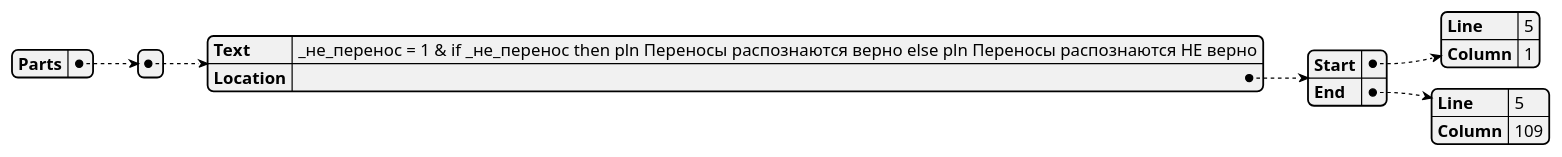
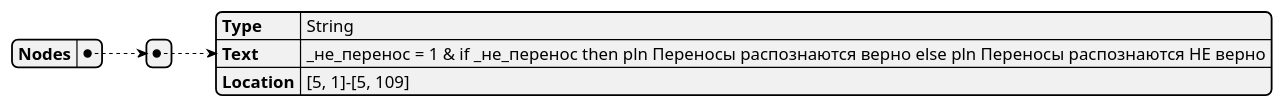
The third of 3 diagrams in Application/MURQ.URQL/docs/URQL parsing.md (realsonic/MURQ), drawn with PlantUML before and after one commit. The commit also changed other lines of this file, not shown here.

````diff
--- a/Application/MURQ.URQL/docs/URQL parsing.md
+++ b/Application/MURQ.URQL/docs/URQL parsing.md
@@ -85,5 +135,13 @@
 ```plantuml
 @startjson
-{"Parts":[{"Text":"_не_перенос = 1 & if _не_перенос then pln Переносы распознаются верно else pln Переносы распознаются НЕ верно","Location":{"Start":{"Line":5,"Column":1},"End":{"Line":5,"Column":109}}}]}
+{
+  "Nodes": [
+    {
+      "Type": "String",
+      "Text": "_не_перенос = 1 & if _не_перенос then pln Переносы распознаются верно else pln Переносы распознаются НЕ верно",
+      "Location": "[5, 1]-[5, 109]"
+    }
+  ]
+}
 @endjson
 ```
````
